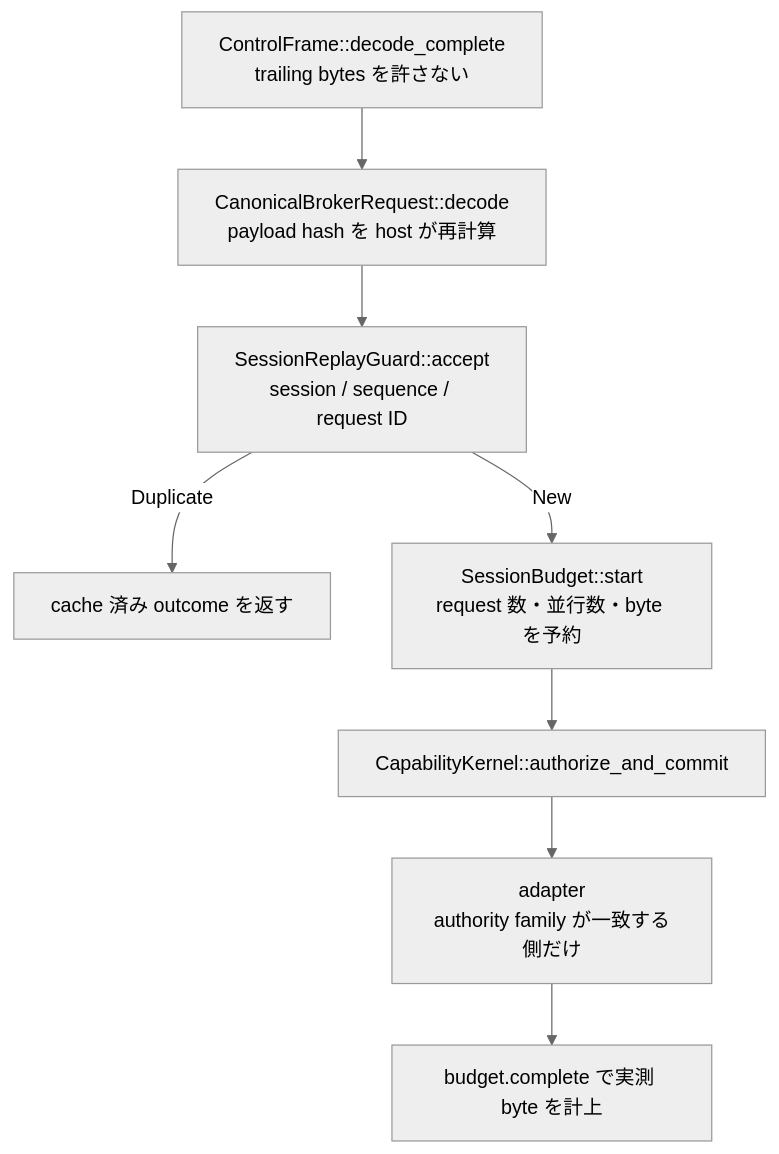
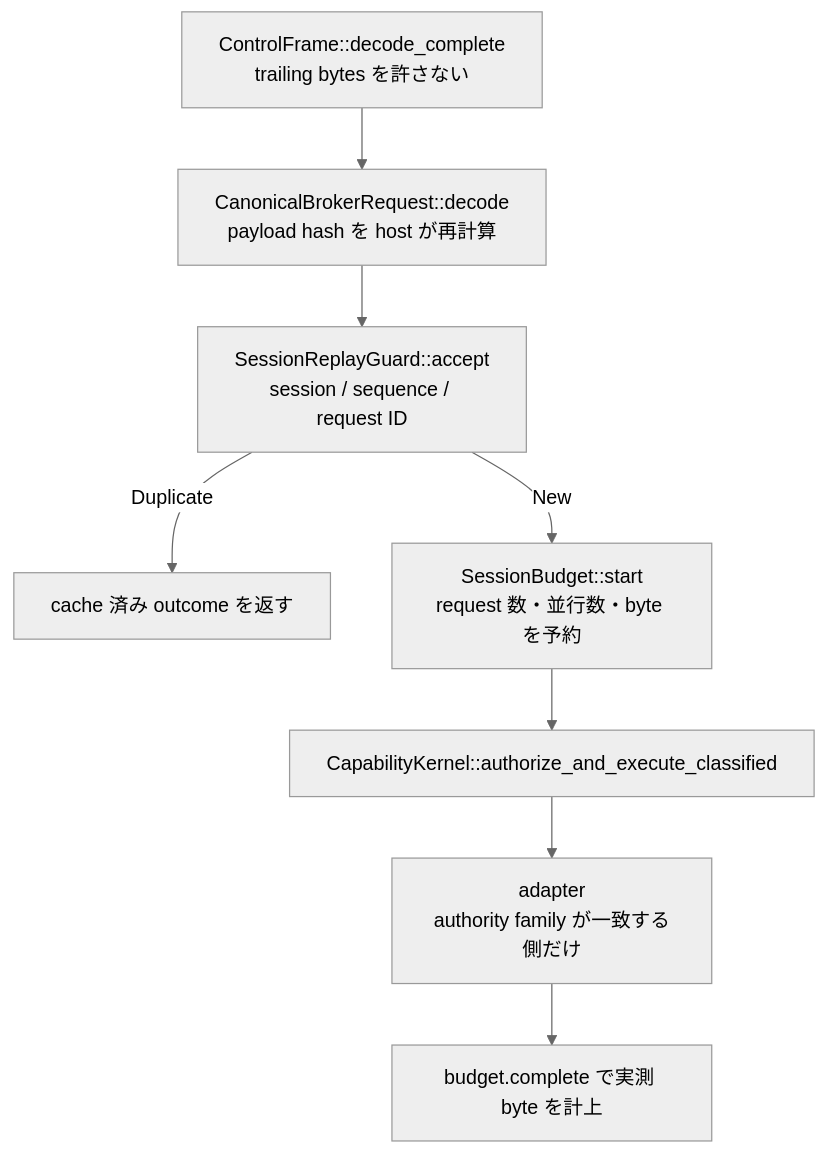
Before and after one commit to Aqua-218/SecCamp-AIAgent: the diagram in docs/egress-broker/dispatch.md, drawn with Mermaid (neutral theme). The commit also changed other lines of this file, not shown here.

Commit message:
docs(egress-broker): update the dispatch path to the classified entry point

````diff
--- a/docs/egress-broker/dispatch.md
+++ b/docs/egress-broker/dispatch.md
@@ -15,10 +15,10 @@
 ```mermaid
 flowchart TB
     f["ControlFrame::decode_complete<br/>trailing bytes を許さない"] --> c["CanonicalBrokerRequest::decode<br/>payload hash を host が再計算"]
     c --> r["SessionReplayGuard::accept<br/>session / sequence / request ID"]
     r -->|Duplicate| cache["cache 済み outcome を返す"]
     r -->|New| b["SessionBudget::start<br/>request 数・並行数・byte を予約"]
-    b --> k["CapabilityKernel::authorize_and_commit"]
+    b --> k["CapabilityKernel::authorize_and_execute_classified"]
     k --> a["adapter<br/>authority family が一致する側だけ"]
     a --> done["budget.complete で実測 byte を計上"]
 ```
````
